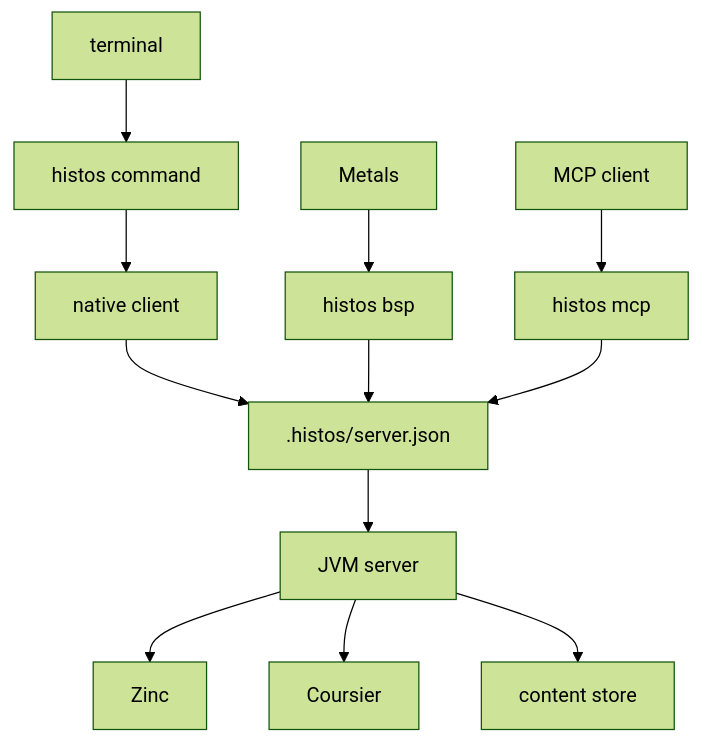
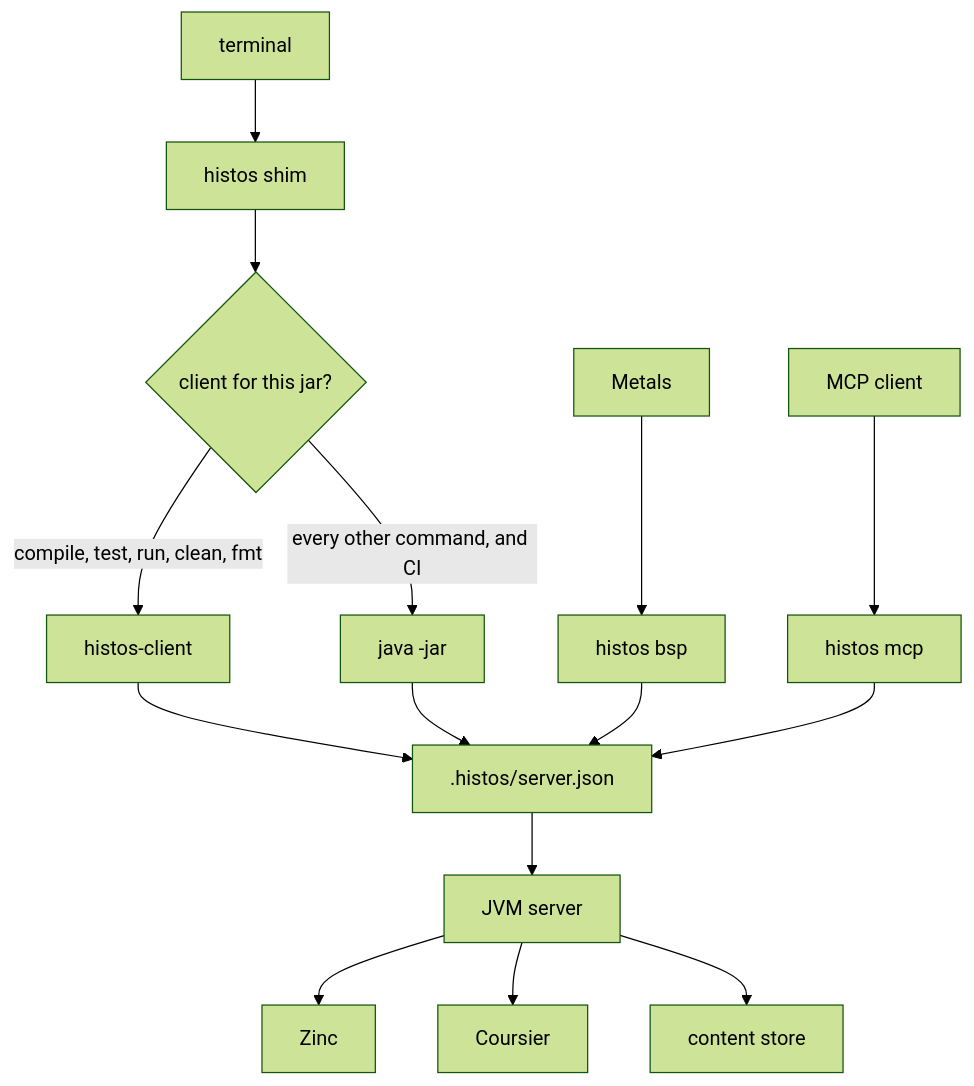
Before and after one commit to early-effect/histos: the diagram in README.md, drawn with Mermaid (forest theme). The commit also changed other lines of this file and 23 other files, not shown here.

First line of the commit message:
Link the native client on install, and publish a kit.

````diff
--- a/README.md
+++ b/README.md
@@ -5,14 +5,17 @@
 ```mermaid
 flowchart TD
-  person[terminal] --> cmd[histos command]
+  person[terminal] --> shim[histos shim]
   metals[Metals] --> bsp["histos bsp"]
   agent[MCP client] --> mcp["histos mcp"]
-  cmd --> client[native client]
-  client --> record[".histos/server.json"]
+  shim --> pick{client for this jar?}
+  pick -->|compile, test, run, clean, fmt| native[histos-client]
+  pick -->|every other command, and CI| jar["java -jar"]
+  native --> record[".histos/server.json"]
+  jar --> record
   bsp --> record
   mcp --> record
   record --> jvm[JVM server]
   jvm --> zinc[Zinc]
   jvm --> coursier[Coursier]
   jvm --> store[content store]
 ```
````
